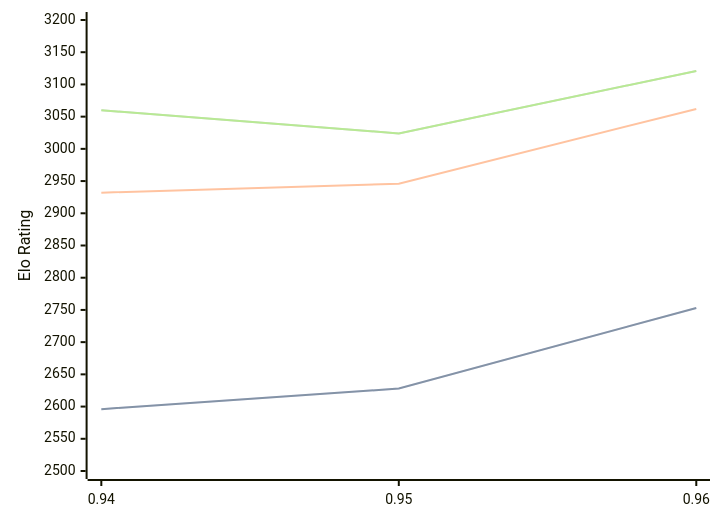
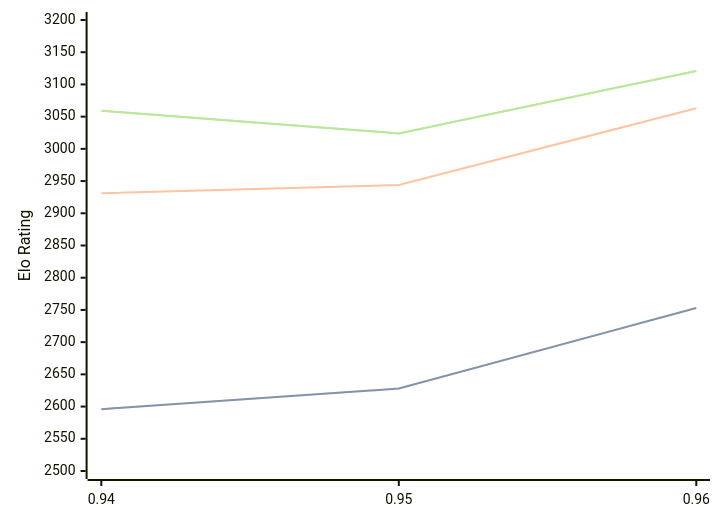
One commit to computer-chess-index/cci changed the diagram in engines/Myrddin.md. Above: the diagram before and after it, drawn with Mermaid. The commit also changed other lines of this file, not shown here.

Commit message:
Update CCI Ratings (ELO VLTC) - 2026-09-11

````diff
--- a/engines/Myrddin.md
+++ b/engines/Myrddin.md
@@ -33,11 +33,11 @@
 ```mermaid
 %%{init: {"theme":"base","themeVariables":{"seriesColors:['#a3a3a3','#222221','#faa371']}}}%%
 xychart-beta
   x-axis ["0.94", "0.95", "0.96"]
   y-axis "Elo Rating" 2500 --> 3200
   line "" [2596, 2628, 2753]
   line "STC (8.0+0.08s)" [2596, 2628, 2753]
-  line "LTC (60.0+0.60s)" [2932, 2946, 3062]
-  line "" [3060, 3024, 3121]
-  line "VLTC (2m24s+1.12s)" [3060, 3024, 3121]
+  line "LTC (60.0+0.60s)" [2931, 2944, 3063]
+  line "" [3059, 3024, 3121]
+  line "VLTC (2m24s+1.12s)" [3059, 3024, 3121]
 ```
````
